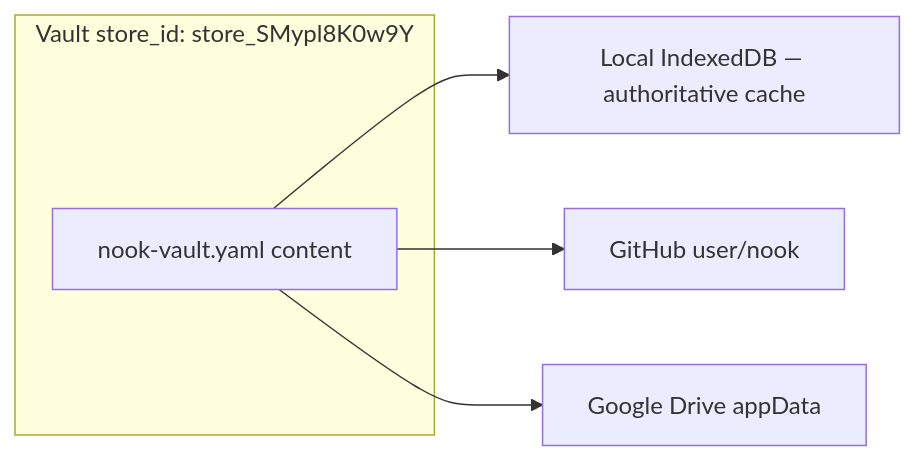
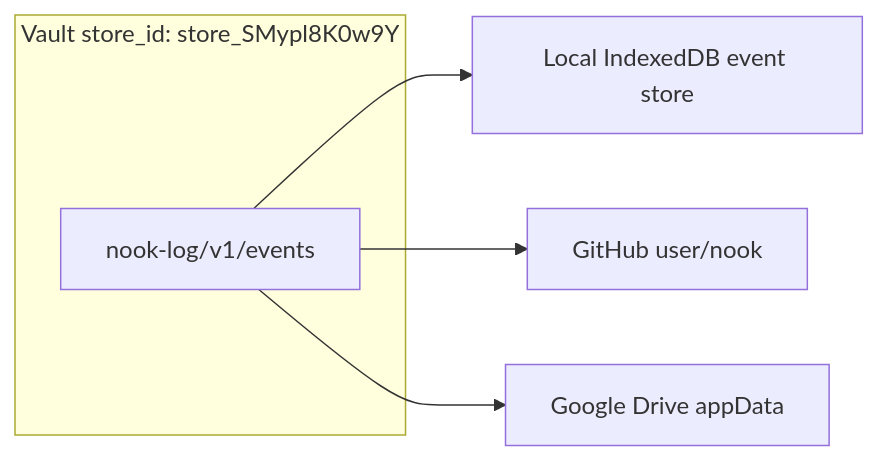
Before and after one commit to meta-secret/nook: the diagram in .cortex/design-docs/secret-store-identity.md, drawn with Mermaid. The commit also changed other lines of this file and 24 other files, not shown here.

````diff
--- a/.cortex/design-docs/secret-store-identity.md
+++ b/.cortex/design-docs/secret-store-identity.md
@@ -71,9 +71,9 @@
 ```mermaid
 flowchart LR
   subgraph store["Vault store_id: store_SMypl8K0w9Y"]
-    V[nook-vault.yaml content]
+    E[nook-log/v1/events]
   end
-  V --> L[Local IndexedDB — authoritative cache]
-  V --> G[GitHub user/nook]
-  V --> D[Google Drive appData]
+  E --> L[Local IndexedDB event store]
+  E --> G[GitHub user/nook]
+  E --> D[Google Drive appData]
 ```
````
